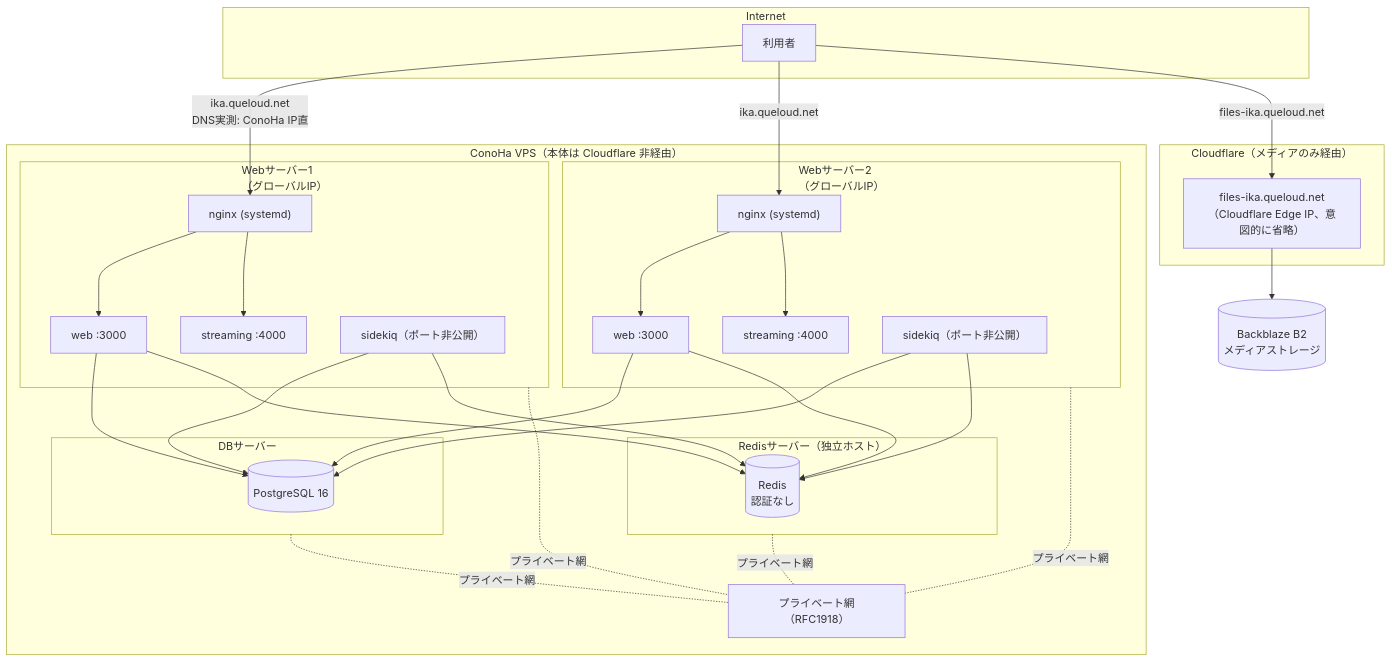
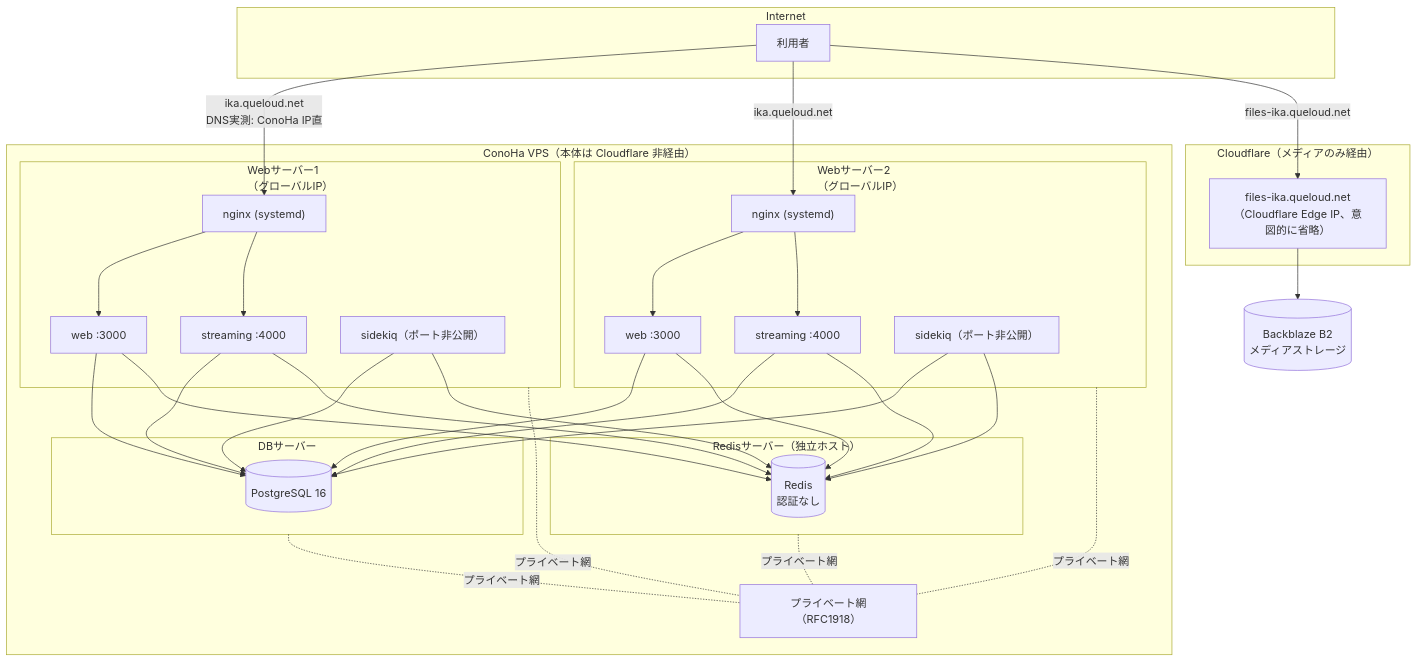
One commit to koba-lab/mastodon changed the diagram in ikatodon/docs/infrastructure.md. Above: the diagram before and after it, drawn with Mermaid. The commit also changed other lines of this file, not shown here.

````diff
--- a/ikatodon/docs/infrastructure.md
+++ b/ikatodon/docs/infrastructure.md
@@ -20,60 +20,64 @@
 ```mermaid
 flowchart TB
     subgraph Internet
         User[利用者]
     end
 
     subgraph CF["Cloudflare（メディアのみ経由）"]
         CFProxy["files-ika.queloud.net<br/>（Cloudflare Edge IP、意図的に省略）"]
     end
 
     B2[(Backblaze B2<br/>メディアストレージ)]
 
     subgraph ConoHa["ConoHa VPS（本体は Cloudflare 非経由）"]
         subgraph Host1["Webサーバー1<br/>（グローバルIP）"]
             Nginx1["nginx (systemd)"]
             Web1["web :3000"]
             Stream1["streaming :4000"]
             Sidekiq1["sidekiq（ポート非公開）"]
             Nginx1 --> Web1
             Nginx1 --> Stream1
         end
 
         subgraph Host2["Webサーバー2<br/>（グローバルIP）"]
             Nginx2["nginx (systemd)"]
             Web2["web :3000"]
             Stream2["streaming :4000"]
             Sidekiq2["sidekiq（ポート非公開）"]
             Nginx2 --> Web2
             Nginx2 --> Stream2
         end
 
         subgraph DBHost["DBサーバー"]
             PG[(PostgreSQL 16)]
         end
 
         subgraph RedisHost["Redisサーバー（独立ホスト）"]
             Redis[(Redis<br/>認証なし)]
         end
 
         Priv["プライベート網（RFC1918）"]
     end
 
     User -->|"ika.queloud.net<br/>DNS実測: ConoHa IP直"| Nginx1
     User -->|"ika.queloud.net"| Nginx2
     User -->|"files-ika.queloud.net"| CFProxy --> B2
 
     Host1 -. "プライベート網" .- Priv
     Host2 -. "プライベート網" .- Priv
     DBHost -. "プライベート網" .- Priv
     RedisHost -. "プライベート網" .- Priv
 
     Web1 --> PG
     Web1 --> Redis
     Web2 --> PG
     Web2 --> Redis
     Sidekiq1 --> PG
     Sidekiq1 --> Redis
     Sidekiq2 --> PG
     Sidekiq2 --> Redis
+    Stream1 --> PG
+    Stream1 --> Redis
+    Stream2 --> PG
+    Stream2 --> Redis
 ```
````
